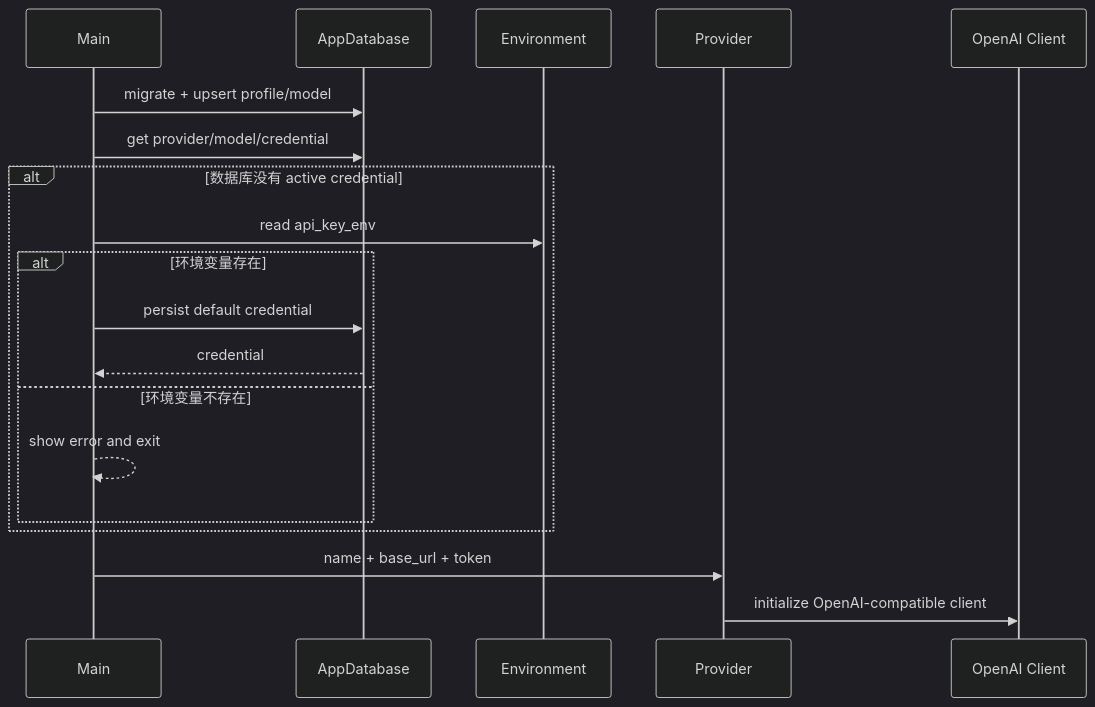
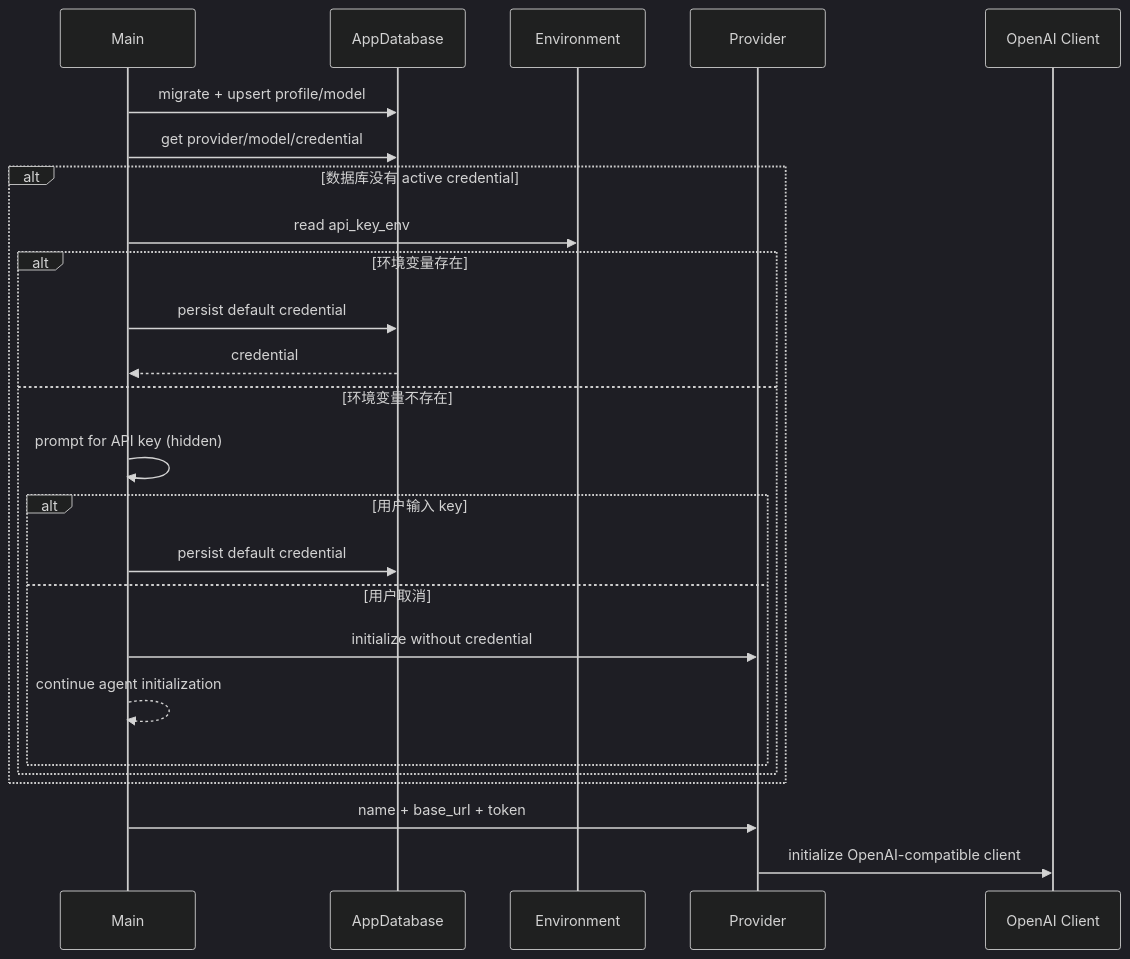
The second of 14 diagrams in docs/ARCHITECTURE.md (Alex-J4096/swe-agent), drawn with Mermaid (dark theme) before and after one commit. The commit also changed other lines of this file and 43 other files, not shown here.

````diff
--- a/docs/ARCHITECTURE.md
+++ b/docs/ARCHITECTURE.md
@@ -98,22 +98,28 @@
 ```mermaid
 sequenceDiagram
     participant Main
     participant DB as AppDatabase
     participant Env as Environment
     participant Provider
     participant Client as OpenAI Client
 
     Main->>DB: migrate + upsert profile/model
     Main->>DB: get provider/model/credential
     alt 数据库没有 active credential
         Main->>Env: read api_key_env
         alt 环境变量存在
             Main->>DB: persist default credential
             DB-->>Main: credential
         else 环境变量不存在
-            Main-->>Main: show error and exit
+            Main->>Main: prompt for API key (hidden)
+            alt 用户输入 key
+                Main->>DB: persist default credential
+            else 用户取消
+                Main->>Provider: initialize without credential
+                Main-->>Main: continue agent initialization
+            end
         end
     end
     Main->>Provider: name + base_url + token
     Provider->>Client: initialize OpenAI-compatible client
 ```
````
